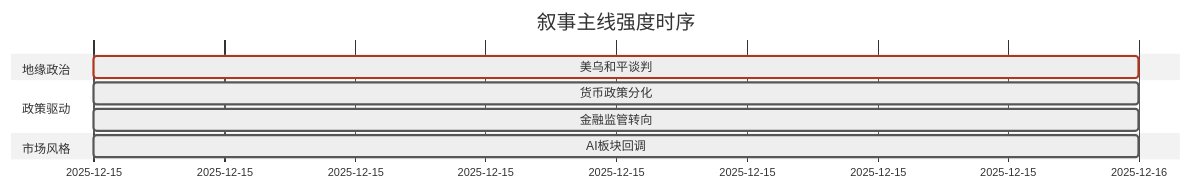
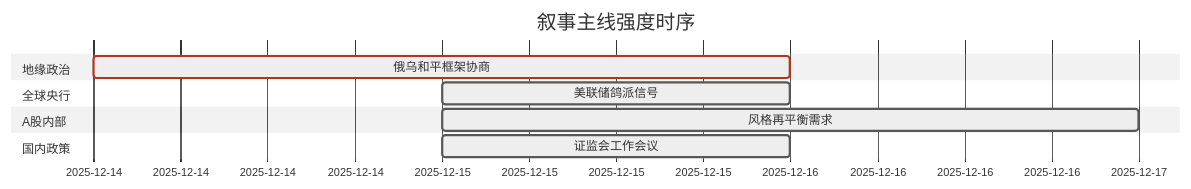
One commit to uu5zn/uu5zn.github.io changed the diagram in README.md. Above: the diagram before and after it, drawn with Mermaid (neutral theme). The commit also changed other lines of this file and 17 other files, not shown here.

````diff
--- a/README.md
+++ b/README.md
@@ -54,14 +69,16 @@
 ```mermaid
 gantt
     title 叙事主线强度时序
     dateFormat  YYYY-MM-DD
     section 地缘政治
-    美乌和平谈判   :crit, active, 2025-12-15, 1d
+    俄乌和平框架协商   :crit, active, 2025-12-14, 2d
     
-    section 政策驱动
-    货币政策分化   :active, 2025-12-15, 1d
-    金融监管转向   :active, 2025-12-15, 1d
+    section 全球央行
+    美联储鸽派信号     :active, 2025-12-15, 1d
     
-    section 市场风格
-    AI板块回调     :active, 2025-12-15, 1d
+    section A股内部
+    风格再平衡需求     :active, 2025-12-15, 2d
+    
+    section 国内政策
+    证监会工作会议     :active, 2025-12-15, 1d
 ```
````
